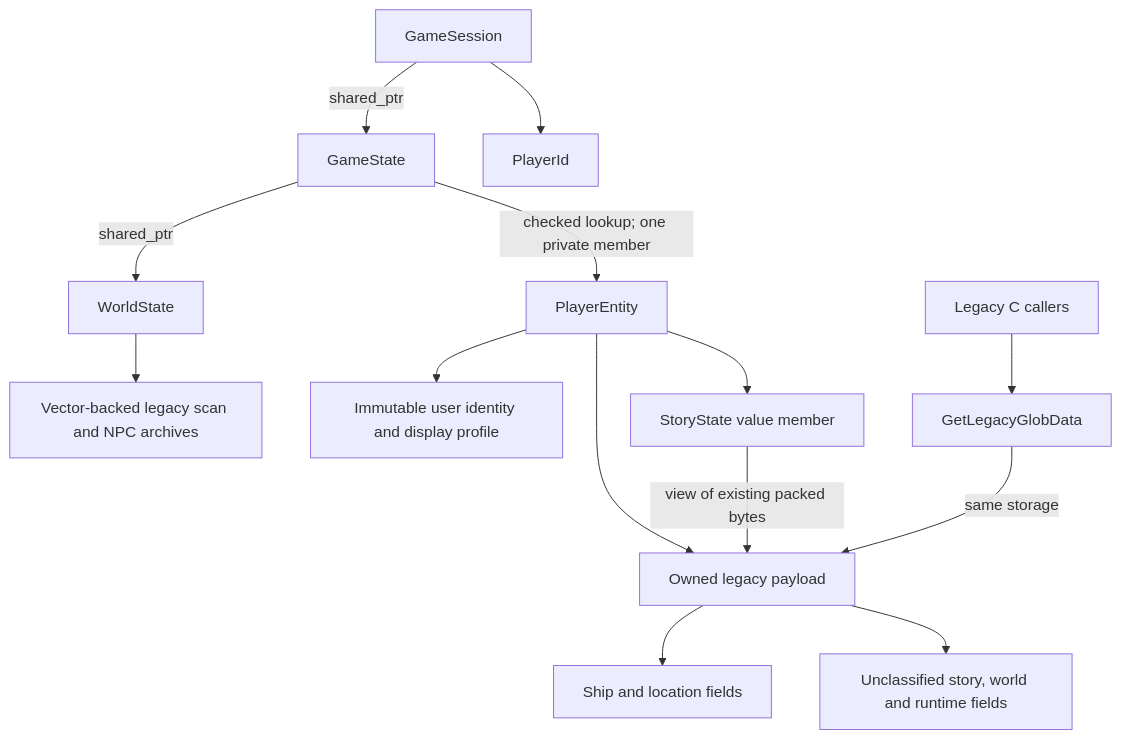
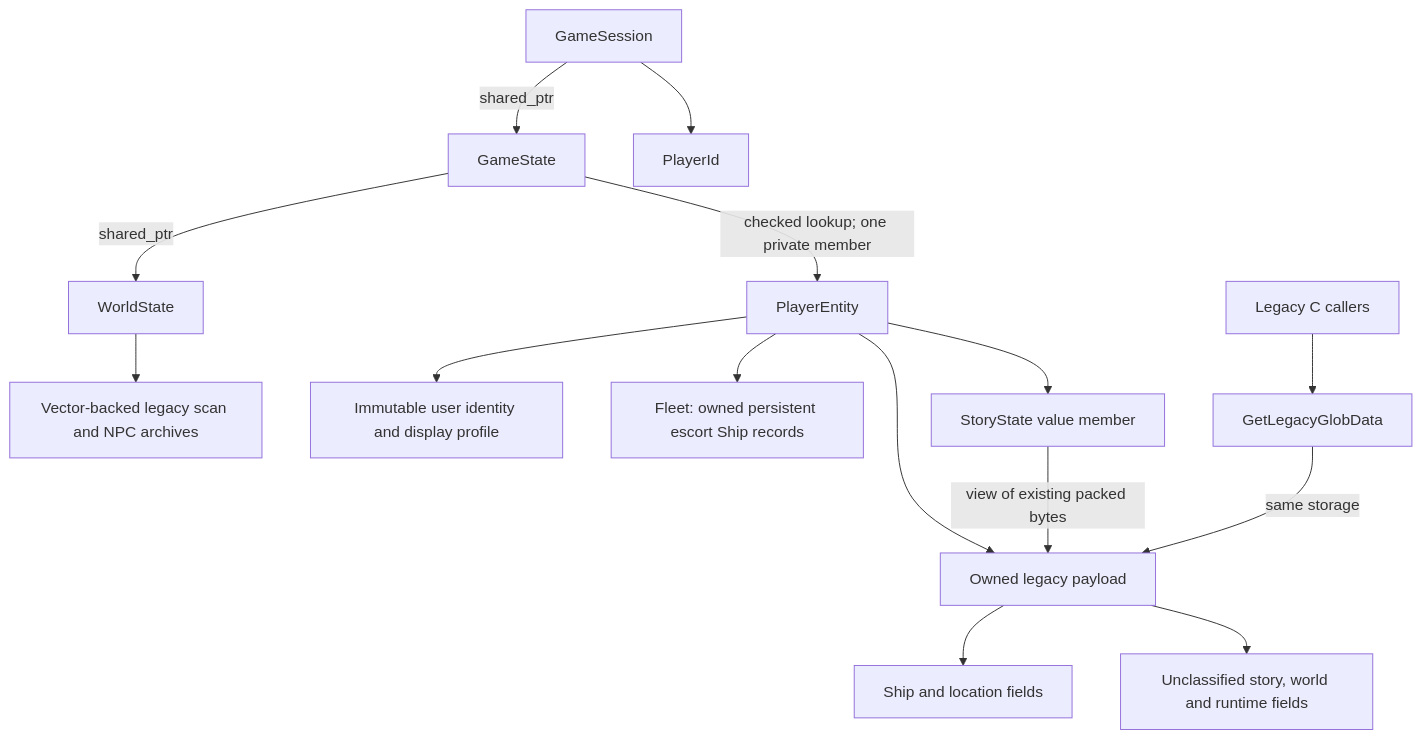
One commit to yost-jacob/uqm-cpp17 changed the diagram in docs/game-state.md. Above: the diagram before and after it, drawn with Mermaid. The commit also changed other lines of this file and 31 other files, not shown here.

Commit message:
Own campaign escort ships in Fleet and reconcile combat by vessel identity

````diff
--- a/docs/game-state.md
+++ b/docs/game-state.md
@@ -9,16 +9,17 @@
 ```mermaid
 flowchart TD
     Session[GameSession] -->|shared_ptr| State[GameState]
     Session --> ID[PlayerId]
     State -->|checked lookup; one private member| Player[PlayerEntity]
     State -->|shared_ptr| World[WorldState]
     World --> Archives[Vector-backed legacy scan and NPC archives]
     Player --> Profile[Immutable user identity and display profile]
+    Player --> Fleet[Fleet: owned persistent escort Ship records]
     Player --> Storage[Owned legacy payload]
     Player --> Story[StoryState value member]
     Story -->|view of existing packed bytes| Storage
     Storage --> Ship[Ship and location fields]
     Storage --> Mixed[Unclassified story, world and runtime fields]
     C[Legacy C callers] --> Adapter[GetLegacyGlobData]
     Adapter -->|same storage| Storage
 ```
````
